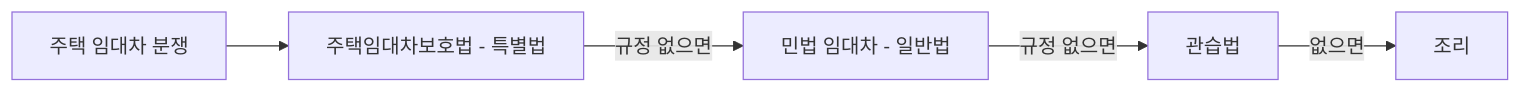
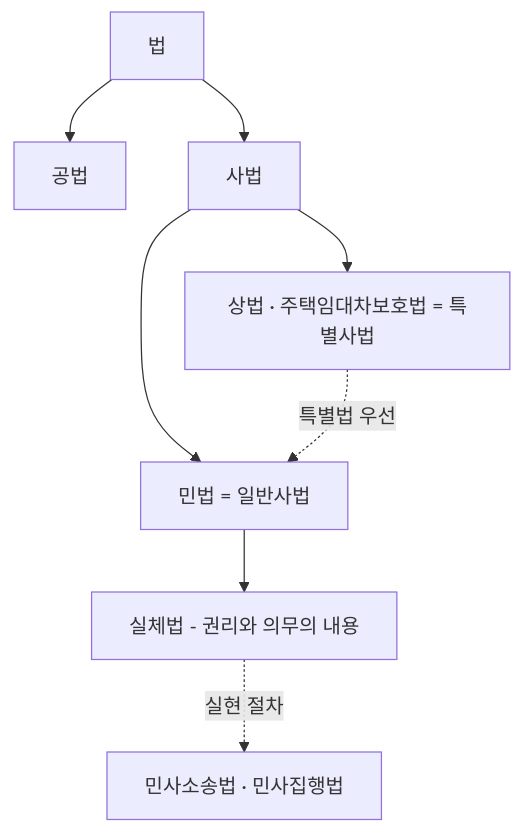
Before and after one commit to jihorag/-: the first of 7 diagrams in viewer/public/data/study/civil/units/M01.md, drawn with Mermaid. The commit also changed other lines of this file and 6 other files, not shown here.

````diff
--- a/viewer/public/data/study/civil/units/M01.md
+++ b/viewer/public/data/study/civil/units/M01.md
@@ -542,7 +1669,10 @@
 ```mermaid
-graph LR
-  A[주택 임대차 분쟁] --> B[주택임대차보호법 - 특별법]
-  B -- 규정 없으면 --> C[민법 임대차 - 일반법]
-  C -- 규정 없으면 --> D[관습법]
-  D -- 없으면 --> E[조리]
+graph TD
+  A[법] --> B[공법]
+  A --> C[사법]
+  C --> D[민법 = 일반사법]
+  C --> E[상법 · 주택임대차보호법 = 특별사법]
+  E -. 특별법 우선 .-> D
+  D --> F[실체법 - 권리와 의무의 내용]
+  F -. 실현 절차 .-> G[민사소송법 · 민사집행법]
 ```
````
